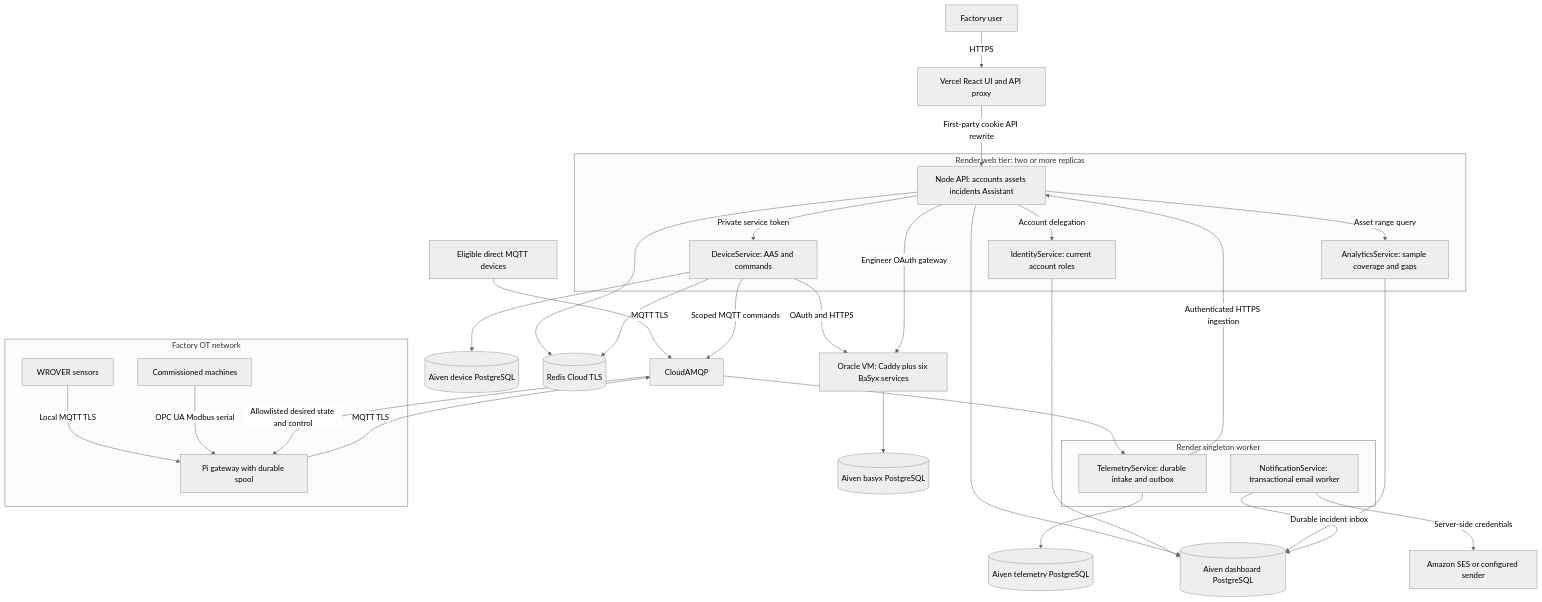
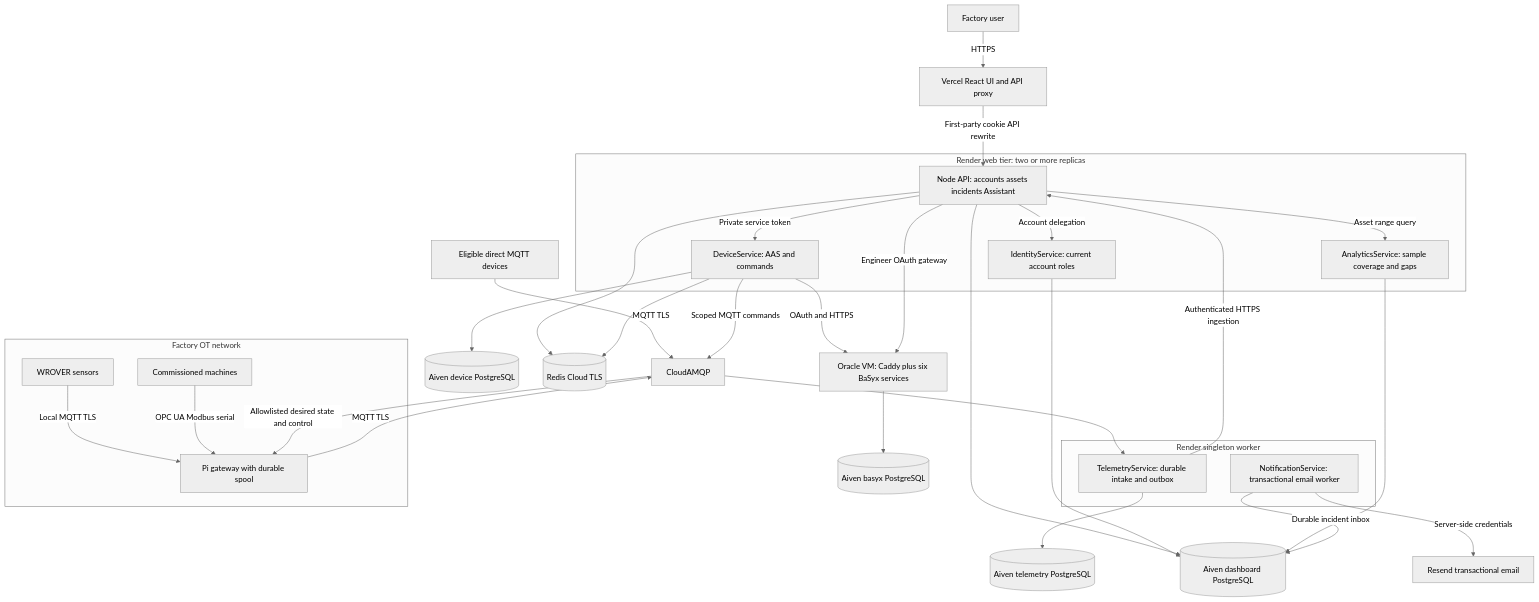
Before and after one commit to DruHustle/portfolio: the diagram in client/public/docs/smartfactoryiot/architecture.md, drawn with Mermaid (neutral theme). The commit also changed 7 other files, not shown here.

Commit message:
docs(portfolio): standardize email delivery on Resend

````diff
--- a/client/public/docs/smartfactoryiot/architecture.md
+++ b/client/public/docs/smartfactoryiot/architecture.md
@@ -17,40 +17,40 @@
 ```mermaid
 flowchart TB
   Browser[Factory user] -->|HTTPS| Vercel[Vercel React UI and API proxy]
   subgraph RenderWeb[Render web tier: two or more replicas]
     API[Node API: accounts assets incidents Assistant]
     Device[DeviceService: AAS and commands]
     Identity[IdentityService: current account roles]
     Analytics[AnalyticsService: sample coverage and gaps]
   end
   subgraph RenderWorker[Render singleton worker]
     Telemetry[TelemetryService: durable intake and outbox]
     Notification[NotificationService: transactional email worker]
   end
   API -->|Private service token| Device
   API -->|Account delegation| Identity
   API -->|Asset range query| Analytics
   Telemetry -->|Authenticated HTTPS ingestion| API
   Vercel -->|First-party cookie API rewrite| API
   API --> AppDB[(Aiven dashboard PostgreSQL)]
   Identity --> AppDB
   Analytics --> AppDB
   Notification -->|Durable incident inbox| AppDB
-  Notification -->|Server-side credentials| Mail[Amazon SES or configured sender]
+  Notification -->|Server-side credentials| Mail[Resend transactional email]
   Device --> DeviceDB[(Aiven device PostgreSQL)]
   Telemetry --> TelemetryDB[(Aiven telemetry PostgreSQL)]
   API --> Redis[(Redis Cloud TLS)]
   Device --> Redis
   Device -->|OAuth and HTTPS| AAS[Oracle VM: Caddy plus six BaSyx services]
   API -->|Engineer OAuth gateway| AAS
   AAS --> BaSyxDB[(Aiven basyx PostgreSQL)]
   subgraph OT[Factory OT network]
     Sensors[WROVER sensors] -->|Local MQTT TLS| Pi[Pi gateway with durable spool]
     Machines[Commissioned machines] -->|OPC UA Modbus serial| Pi
   end
   Pi -->|MQTT TLS| Broker[CloudAMQP]
   Direct[Eligible direct MQTT devices] -->|MQTT TLS| Broker
   Broker --> Telemetry
   Device -->|Scoped MQTT commands| Broker
   Broker -->|Allowlisted desired state and control| Pi
 ```
````
